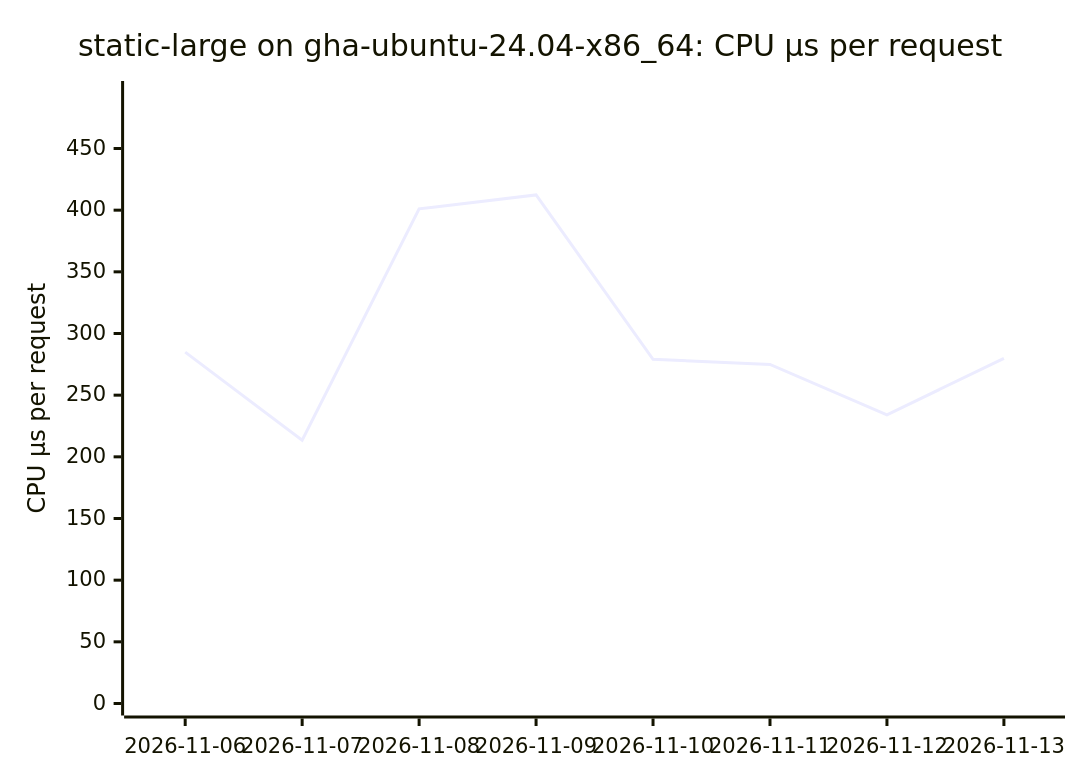
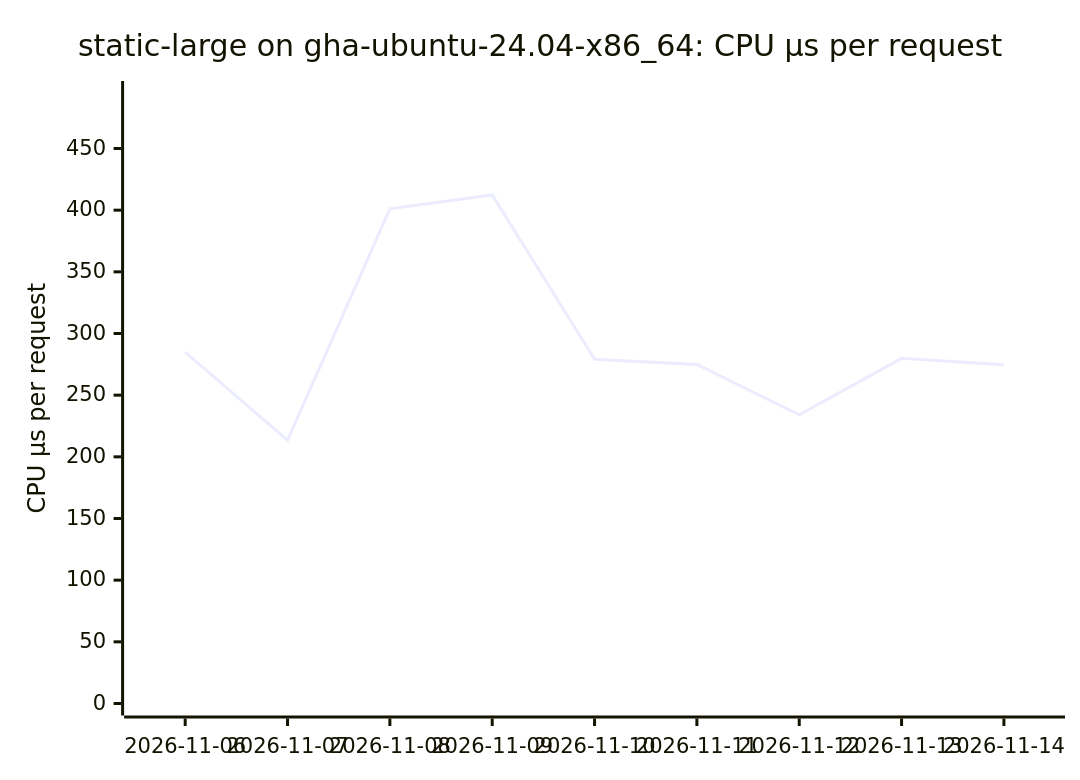
One commit to ThePixelPilgrim/durchlauferhitzer changed the second of 18 diagrams in BENCHMARKS.md. Above: the diagram before and after it, drawn with Mermaid. The commit also changed other lines of this file and 1 other file, not shown here.

````diff
--- a/BENCHMARKS.md
+++ b/BENCHMARKS.md
@@ -36,7 +36,7 @@
 ```mermaid
 xychart-beta
   title "static-large on gha-ubuntu-24.04-x86_64: CPU µs per request"
-  x-axis ["2026-11-06", "2026-11-07", "2026-11-08", "2026-11-09", "2026-11-10", "2026-11-11", "2026-11-12", "2026-11-13"]
+  x-axis ["2026-11-06", "2026-11-07", "2026-11-08", "2026-11-09", "2026-11-10", "2026-11-11", "2026-11-12", "2026-11-13", "2026-11-14"]
   y-axis "CPU µs per request" 0 --> 495
-  line [284.94, 213.45, 401.07, 412.38, 279.07, 274.87, 234.03, 279.86]
+  line [284.94, 213.45, 401.07, 412.38, 279.07, 274.87, 234.03, 279.86, 274.69]
 ```
````
